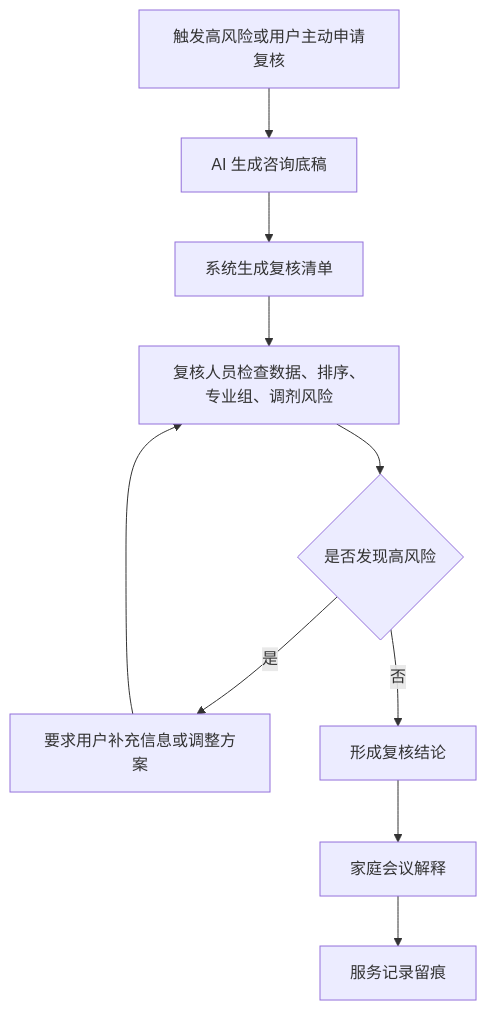
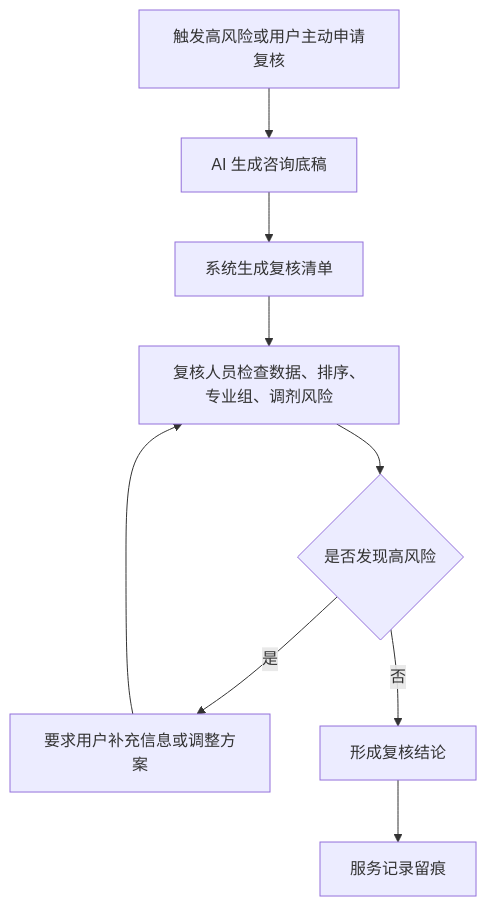
The second of 3 diagrams in README.md (debugzhao/jin-guide), drawn with Mermaid before and after one commit. The commit also changed other lines of this file and 2 other files, not shown here.

````diff
--- a/README.md
+++ b/README.md
@@ -200,12 +177,11 @@
 ```mermaid
 flowchart TD
   A["触发高风险或用户主动申请复核"] --> B["AI 生成咨询底稿"]
   B --> C["系统生成复核清单"]
   C --> D["复核人员检查数据、排序、专业组、调剂风险"]
   D --> E{"是否发现高风险"}
   E -- "是" --> F["要求用户补充信息或调整方案"]
   F --> D
   E -- "否" --> G["形成复核结论"]
-  G --> H["家庭会议解释"]
-  H --> I["服务记录留痕"]
+  G --> H["服务记录留痕"]
 ```
````
